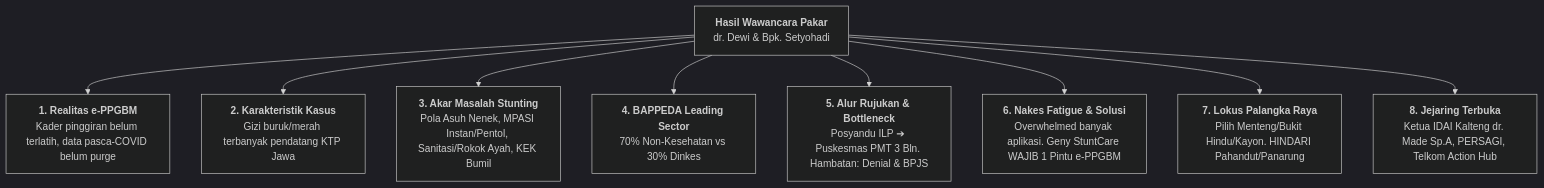
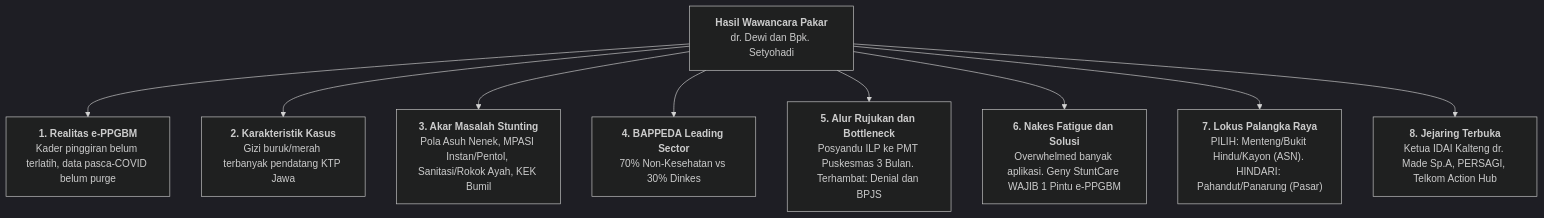
The first of 3 diagrams in 06-expert-advisory-meeting/hasil-wawancara-dr-dewi-dan-bpk-setyohadi-14-oktober-2026.md (gerrardgs/Inkubasi-Startup-BTP), drawn with Mermaid (dark theme) before and after one commit. The commit also changed other lines of this file and 2 other files, not shown here.

Commit message:
fix(mermaid): perbaiki sintaks mermaid diagram agar render sempurna di GitHub

````diff
--- a/06-expert-advisory-meeting/hasil-wawancara-dr-dewi-dan-bpk-setyohadi-14-oktober-2026.md
+++ b/06-expert-advisory-meeting/hasil-wawancara-dr-dewi-dan-bpk-setyohadi-14-oktober-2026.md
@@ -24,11 +24,11 @@
 ```mermaid
 graph TD
-  A[<b>Hasil Wawancara Pakar</b><br/>dr. Dewi & Bpk. Setyohadi] --> B[<b>1. Realitas e-PPGBM</b><br/>Kader pinggiran belum terlatih, data pasca-COVID belum purge]
-  A --> C[<b>2. Karakteristik Kasus</b><br/>Gizi buruk/merah terbanyak pendatang KTP Jawa]
-  A --> D[<b>3. Akar Masalah Stunting</b><br/>Pola Asuh Nenek, MPASI Instan/Pentol, Sanitasi/Rokok Ayah, KEK Bumil]
-  A --> E[<b>4. BAPPEDA Leading Sector</b><br/>70% Non-Kesehatan vs 30% Dinkes]
-  A --> F[<b>5. Alur Rujukan & Bottleneck</b><br/>Posyandu ILP ➔ Puskesmas PMT 3 Bln. Hambatan: Denial & BPJS]
-  A --> G[<b>6. Nakes Fatigue & Solusi</b><br/>Overwhelmed banyak aplikasi. Geny StuntCare WAJIB 1 Pintu e-PPGBM]
-  A --> H[<b>7. Lokus Palangka Raya</b><br/>Pilih Menteng/Bukit Hindu/Kayon. HINDARI Pahandut/Panarung]
-  A --> I[<b>8. Jejaring Terbuka</b><br/>Ketua IDAI Kalteng dr. Made Sp.A, PERSAGI, Telkom Action Hub]
+  A["<b>Hasil Wawancara Pakar</b><br/>dr. Dewi dan Bpk. Setyohadi"] --> B["<b>1. Realitas e-PPGBM</b><br/>Kader pinggiran belum terlatih, data pasca-COVID belum purge"]
+  A --> C["<b>2. Karakteristik Kasus</b><br/>Gizi buruk/merah terbanyak pendatang KTP Jawa"]
+  A --> D["<b>3. Akar Masalah Stunting</b><br/>Pola Asuh Nenek, MPASI Instan/Pentol, Sanitasi/Rokok Ayah, KEK Bumil"]
+  A --> E["<b>4. BAPPEDA Leading Sector</b><br/>70% Non-Kesehatan vs 30% Dinkes"]
+  A --> F["<b>5. Alur Rujukan dan Bottleneck</b><br/>Posyandu ILP ke PMT Puskesmas 3 Bulan. Terhambat: Denial dan BPJS"]
+  A --> G["<b>6. Nakes Fatigue dan Solusi</b><br/>Overwhelmed banyak aplikasi. Geny StuntCare WAJIB 1 Pintu e-PPGBM"]
+  A --> H["<b>7. Lokus Palangka Raya</b><br/>PILIH: Menteng/Bukit Hindu/Kayon (ASN). HINDARI: Pahandut/Panarung (Pasar)"]
+  A --> I["<b>8. Jejaring Terbuka</b><br/>Ketua IDAI Kalteng dr. Made Sp.A, PERSAGI, Telkom Action Hub"]
 ```
````
